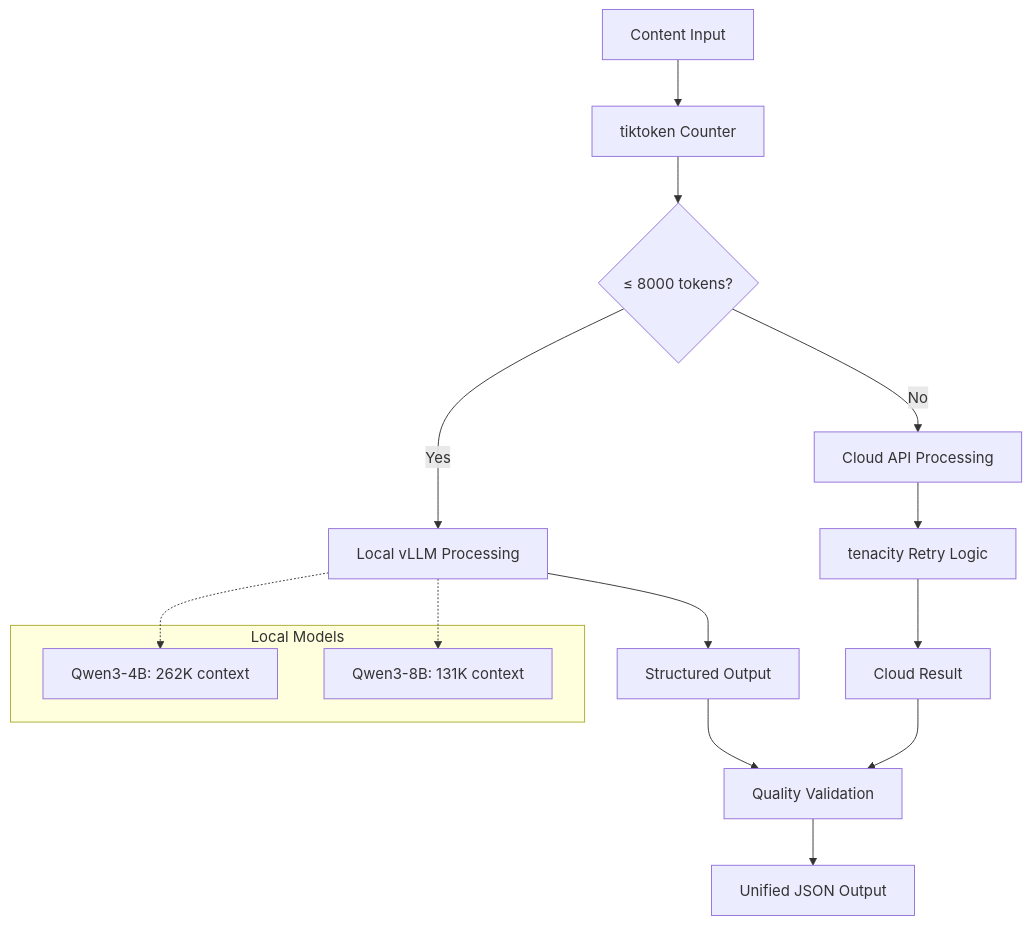
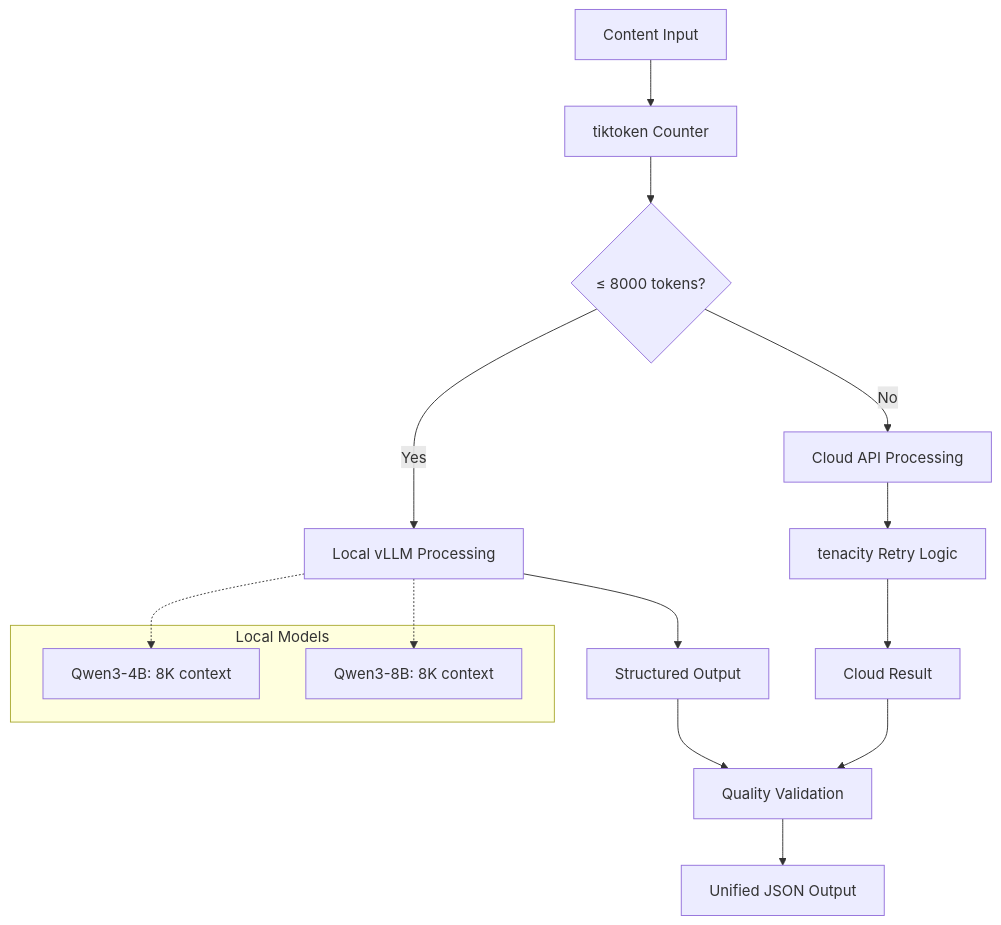
The first of 2 diagrams in docs/adrs/ADR-008-optimized-token-thresholds.md (BjornMelin/ai-job-scraper), drawn with Mermaid before and after one commit. The commit also changed other lines of this file and 11 other files, not shown here.

````diff
--- a/docs/adrs/ADR-008-optimized-token-thresholds.md
+++ b/docs/adrs/ADR-008-optimized-token-thresholds.md
@@ -60,23 +60,23 @@
 ```mermaid
 flowchart TD
     A[Content Input] --> B[tiktoken Counter]
     B --> C{"≤ 8000 tokens?"}
     C -->|Yes| D[Local vLLM Processing]
     C -->|No| E[Cloud API Processing]
     
     D --> F[Structured Output]
     E --> G[tenacity Retry Logic]
     G --> H[Cloud Result]
     
     F --> I[Quality Validation]
     H --> I
     I --> J[Unified JSON Output]
     
     subgraph "Local Models"
-        K[Qwen3-4B: 262K context]
-        L[Qwen3-8B: 131K context]
+        K[Qwen3-4B: 8K context]
+        L[Qwen3-8B: 8K context]
     end
     
     D -.-> K
     D -.-> L
 ```
````
